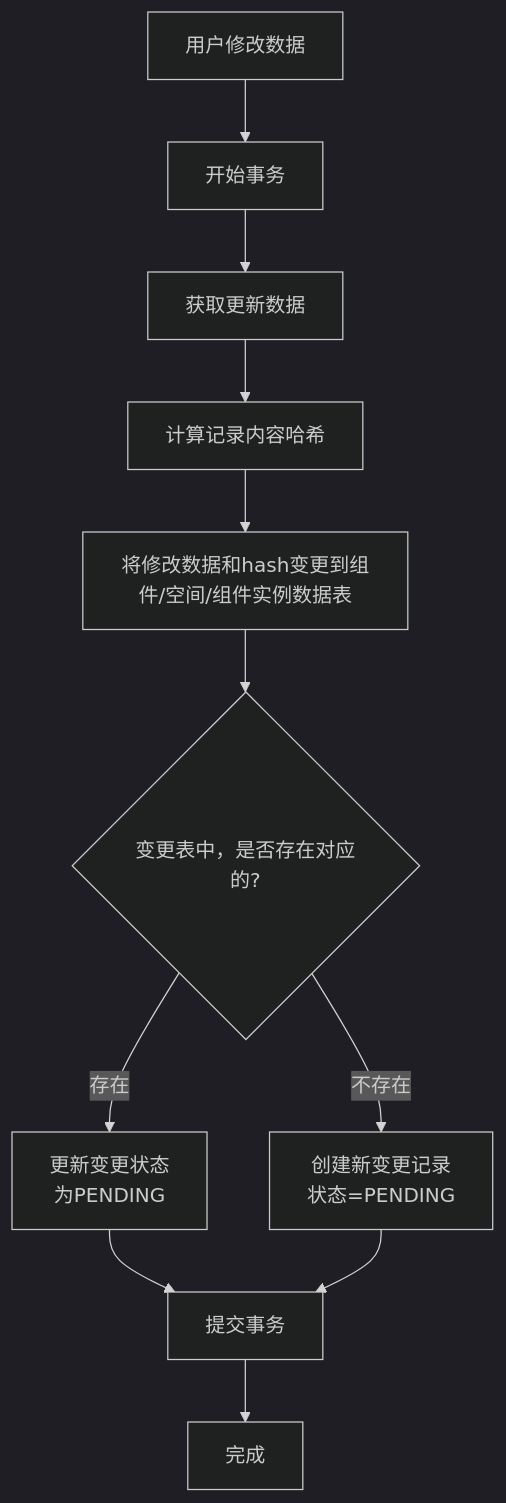
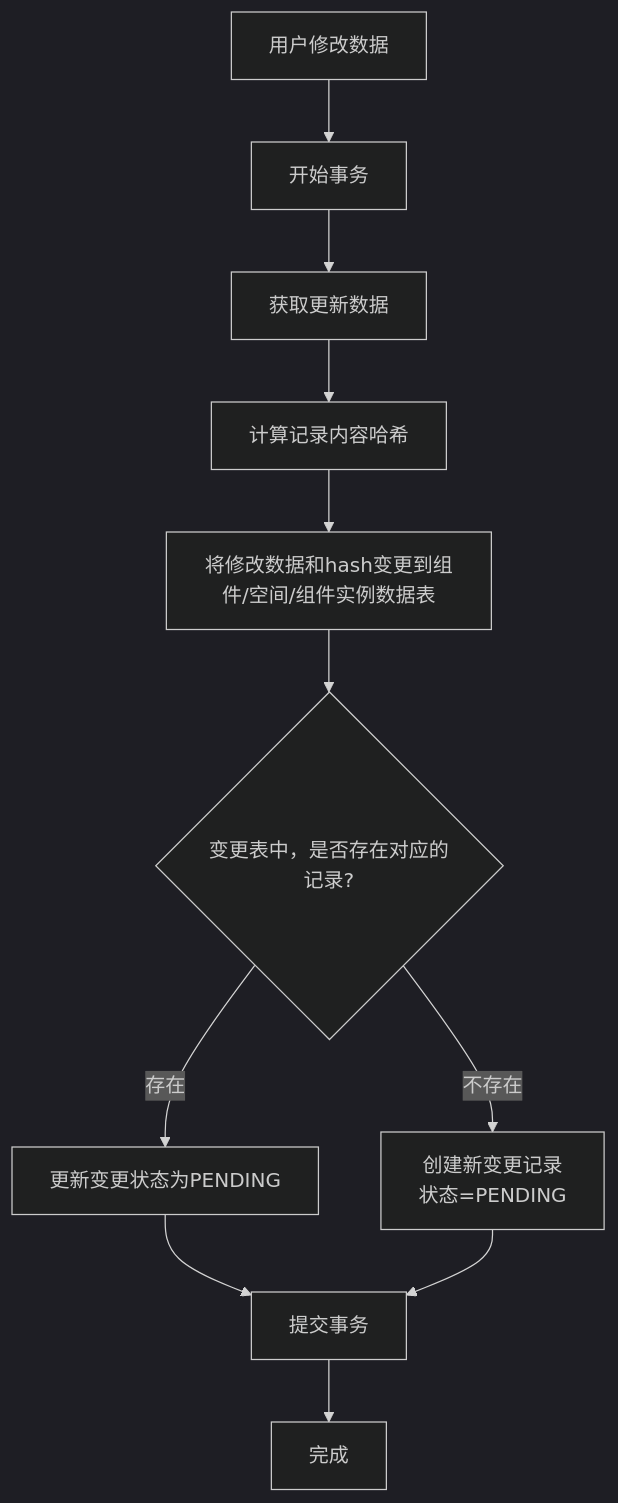
Before and after one commit to yingjianzh/iodraw-files: the diagram in all/未命名-42.md, drawn with Mermaid (dark theme).

Commit message:
2025-04-24 15:28:45 update

````diff
--- a/all/未命名-42.md
+++ b/all/未命名-42.md
@@ -1,16 +1,16 @@
 ```mermaid
 flowchart TD
     Start[用户修改数据] --> StartTransaction[开始事务]
     StartTransaction --> UpdateRecord[获取更新数据]
     UpdateRecord --> ComputeHash[计算记录内容哈希]
     ComputeHash --> SaveHash[将修改数据和hash变更到组件/空间/组件实例数据表]
    
     
-    SaveHash --> CheckChangeExists{变更表中，是否存在对应的?}
-    CheckChangeExists -- 存在 --> UpdateChange[更新变更状态\n为PENDING]
+    SaveHash --> CheckChangeExists{变更表中，是否存在对应的记录?}
+    CheckChangeExists -- 存在 --> UpdateChange[更新变更状态为PENDING]
     CheckChangeExists -- 不存在 --> CreateChange[创建新变更记录\n状态=PENDING]
     
     UpdateChange --> CommitTransaction[提交事务]
     CreateChange --> CommitTransaction
     CommitTransaction --> End[完成]
 ```
````
